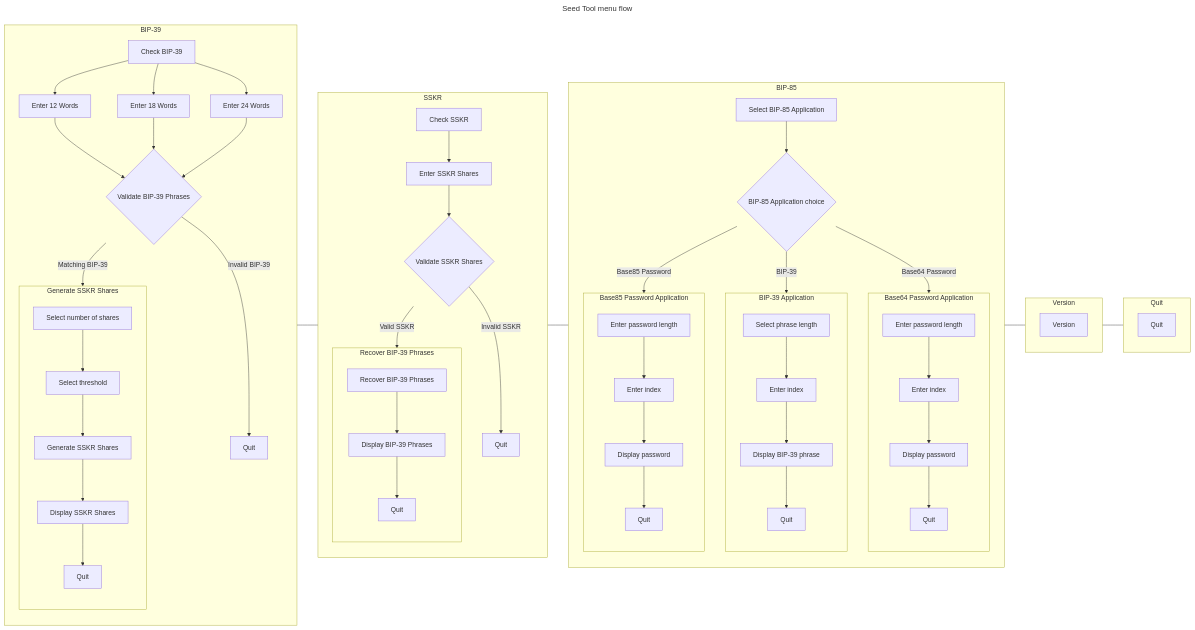
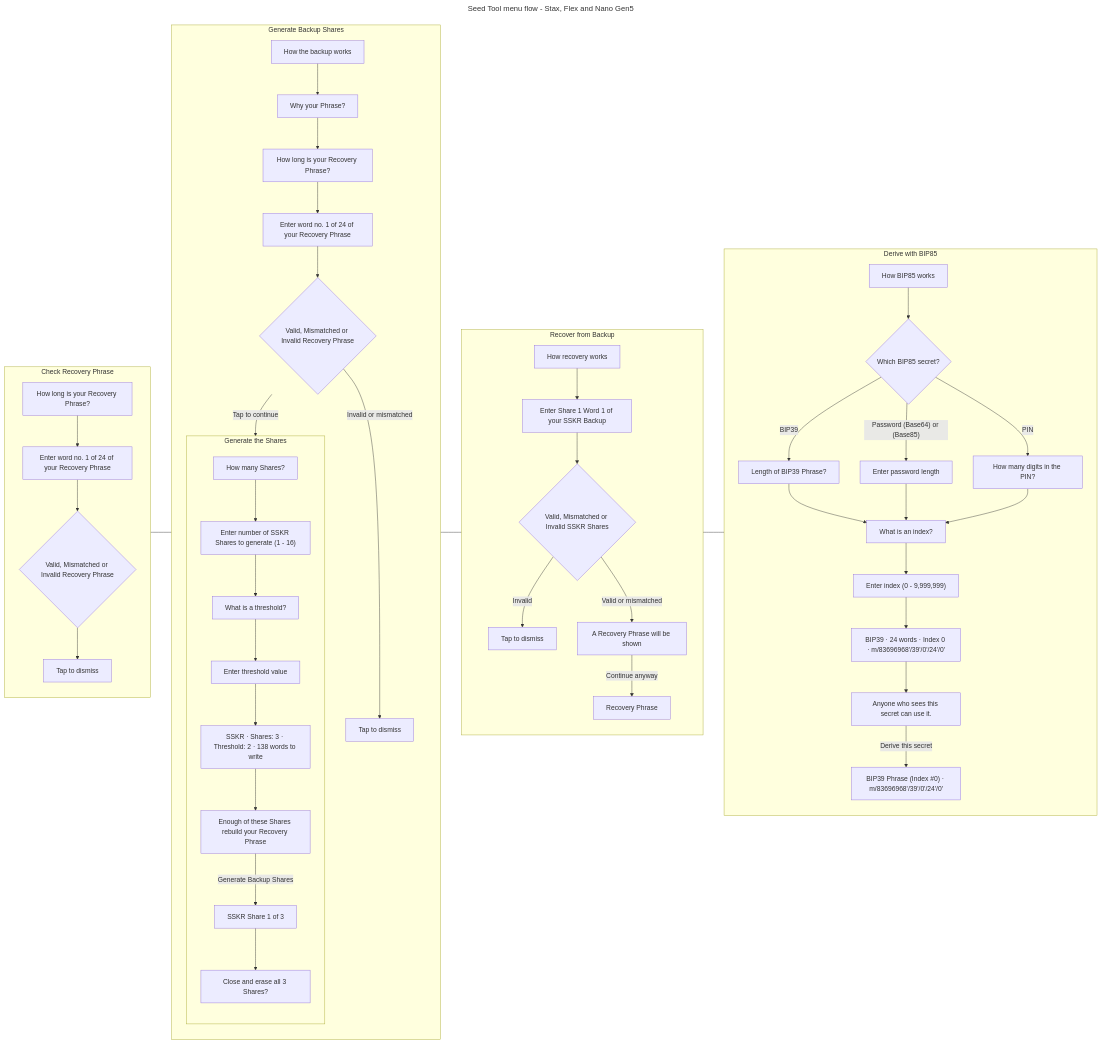
Before and after one commit to LedgerHQ/app-seed-tool: the first of 4 diagrams in README.md, drawn with Mermaid. The commit also changed other lines of this file, not shown here.

````diff
--- a/README.md
+++ b/README.md
@@ -60,57 +67,52 @@
 ```mermaid
 ---
-title: Seed Tool menu flow
+title: Seed Tool menu flow - Stax, Flex and Nano Gen5
 ---
 flowchart LR
-    1 --- 2 --- 3 --- 4 --- 5
-    subgraph 1[BIP-39]
+    1 --- 2 --- 3 --- 4
+    subgraph 1[Check Recovery Phrase]
         direction TB
-        1.1[Check BIP-39]
-        1.1 --> 1.2.1[Enter 12 Words] --> 1.3{Validate BIP-39 Phrases}
-        1.1 --> 1.2.2[Enter 18 Words] --> 1.3
-        1.1 --> 1.2.3[Enter 24 Words] --> 1.3
-        1.3 --> |Matching BIP-39| 1.4
-        1.3 --> |Invalid BIP-39| 1.3.1[Quit]
-        subgraph 1.4[Generate SSKR Shares]
+        1.1["How long is your Recovery Phrase?"] --> 1.2["Enter word no. 1 of 24 of your Recovery Phrase"]
+        1.2 --> 1.3{"Valid, Mismatched or Invalid Recovery Phrase"}
+        1.3 --> 1.4[Tap to dismiss]
+    end
+    subgraph 2[Generate Backup Shares]
+        direction TB
+        2.1[How the backup works] --> 2.2[Why your Phrase?] --> 2.3["How long is your Recovery Phrase?"]
+        2.3 --> 2.4["Enter word no. 1 of 24 of your Recovery Phrase"]
+        2.4 --> 2.5{"Valid, Mismatched or Invalid Recovery Phrase"}
+        2.5 --> |Invalid or mismatched| 2.6[Tap to dismiss]
+        2.5 --> |Tap to continue| 2.7
+        subgraph 2.7[Generate the Shares]
             direction TB
-            1.4.1[Select number of shares] --> 1.4.2[Select threshold] --> 1.4.3[Generate SSKR Shares] --> 1.4.4[Display SSKR Shares] --> 1.4.5[Quit]
+            2.7.1[How many Shares?] --> 2.7.2["Enter number of SSKR Shares to generate (1 - 16)"]
+            2.7.2 --> 2.7.3[What is a threshold?] --> 2.7.4[Enter threshold value]
+            2.7.4 --> 2.7.5["SSKR · Shares: 3 · Threshold: 2 · 138 words to write"]
+            2.7.5 --> 2.7.6["Enough of these Shares rebuild your Recovery Phrase"]
+            2.7.6 --> |Generate Backup Shares| 2.7.7[SSKR Share 1 of 3]
+            2.7.7 --> 2.7.8["Close and erase all 3 Shares?"]
         end
     end
-    subgraph 2[SSKR]
+    subgraph 3[Recover from Backup]
         direction TB
-        2.1[Check SSKR] --> 2.2[Enter SSKR Shares] --> 2.3{Validate SSKR Shares}
-        2.3 --> |Valid SSKR| 2.4
-        2.3 --> |Invalid SSKR| 2.3.1[Quit]
-        subgraph 2.4[Recover BIP-39 Phrases]
-            direction TB
-            2.4.1[Recover BIP-39 Phrases] --> 2.4.2[Display BIP-39 Phrases] --> 2.4.3[Quit]
-        end
+        3.1[How recovery works] --> 3.2["Enter Share 1 Word 1 of your SSKR Backup"]
+        3.2 --> 3.3{"Valid, Mismatched or Invalid SSKR Shares"}
+        3.3 --> |Invalid| 3.4[Tap to dismiss]
+        3.3 --> |Valid or mismatched| 3.5["A Recovery Phrase will be shown"]
+        3.5 --> |Continue anyway| 3.6[Recovery Phrase]
     end
-    subgraph 3[BIP-85]
+    subgraph 4[Derive with BIP85]
         direction TB
-        3.1[Select BIP-85 Application] --> 3.2{BIP-85 Application choice}
-        3.2 --> |BIP-39| 3.3
-        3.2 --> |Base64 Password| 3.4
-        3.2 --> |Base85 Password| 3.5
-        subgraph 3.3[BIP-39 Application]
-            direction TB
-            3.3.1[Select phrase length] --> 3.3.2[Enter index] --> 3.3.3[Display BIP-39 phrase] --> 3.3.4[Quit]
-        end
-        subgraph 3.4[Base64 Password Application]
-            direction TB
-            3.4.1[Enter password length] --> 3.4.2[Enter index] --> 3.4.3[Display password] --> 3.4.4[Quit]
-        end
-        subgraph 3.5[Base85 Password Application]
-            direction TB
-            3.5.1[Enter password length] --> 3.5.2[Enter index] --> 3.5.3[Display password] --> 3.5.4[Quit]
-        end
-	end
-    subgraph 4[Version]
-        direction TB
-        4.1[Version]
-        end
-    subgraph 5[Quit]
-        direction TB
-        5.1[Quit]
+        4.1[How BIP85 works] --> 4.2{Which BIP85 secret?}
+        4.2 --> |BIP39| 4.3[Length of BIP39 Phrase?]
+        4.2 --> |"Password (Base64) or (Base85)"| 4.4[Enter password length]
+        4.2 --> |PIN| 4.5["How many digits in the PIN?"]
+        4.3 --> 4.6[What is an index?]
+        4.4 --> 4.6
+        4.5 --> 4.6
+        4.6 --> 4.7["Enter index (0 - 9,999,999)"]
+        4.7 --> 4.8["BIP39 · 24 words · Index 0 · m/83696968'/39'/0'/24'/0'"]
+        4.8 --> 4.9["Anyone who sees this secret can use it."]
+        4.9 --> |Derive this secret| 4.10["BIP39 Phrase (Index #0) · m/83696968'/39'/0'/24'/0'"]
     end
 ```
````
